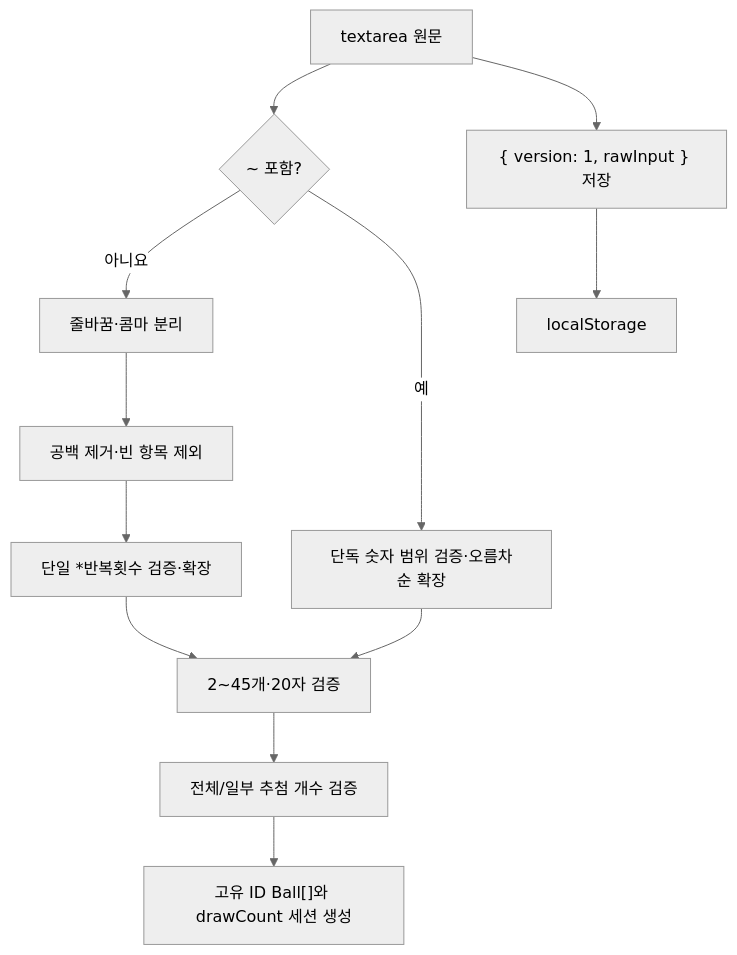
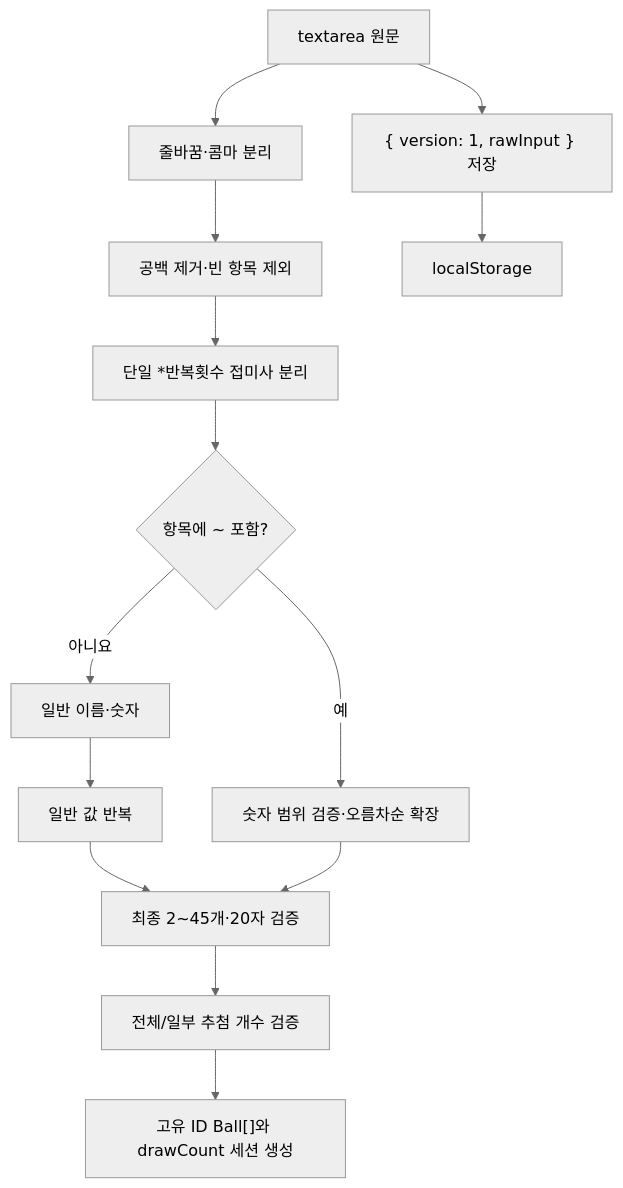
One commit to tinywolf/roulette changed the third of 3 diagrams in docs/architecture.md. Above: the diagram before and after it, drawn with Mermaid (neutral theme). The commit also changed other lines of this file and 8 other files, not shown here.

````diff
--- a/docs/architecture.md
+++ b/docs/architecture.md
@@ -144,14 +144,16 @@
 ```mermaid
 flowchart TD
-    Raw["textarea 원문"] --> Syntax{"~ 포함?"}
-    Syntax -->|아니요| Parse["줄바꿈·콤마 분리"]
+    Raw["textarea 원문"] --> Parse["줄바꿈·콤마 분리"]
     Parse --> Trim["공백 제거·빈 항목 제외"]
-    Trim --> Repeat["단일 *반복횟수 검증·확장"]
-    Syntax -->|예| Range["단독 숫자 범위 검증·오름차순 확장"]
-    Repeat --> Validate["2~45개·20자 검증"]
+    Trim --> Repeat["단일 *반복횟수 접미사 분리"]
+    Repeat --> Syntax{"항목에 ~ 포함?"}
+    Syntax -->|아니요| Value["일반 이름·숫자"]
+    Syntax -->|예| Range["숫자 범위 검증·오름차순 확장"]
+    Value --> Expand["일반 값 반복"]
+    Expand --> Validate["최종 2~45개·20자 검증"]
     Range --> Validate
     Raw --> Persist["{ version: 1, rawInput } 저장"]
     Persist --> Local["localStorage"]
     Validate --> Count["전체/일부 추첨 개수 검증"]
     Count --> Balls["고유 ID Ball[]와 drawCount 세션 생성"]
 ```
````
